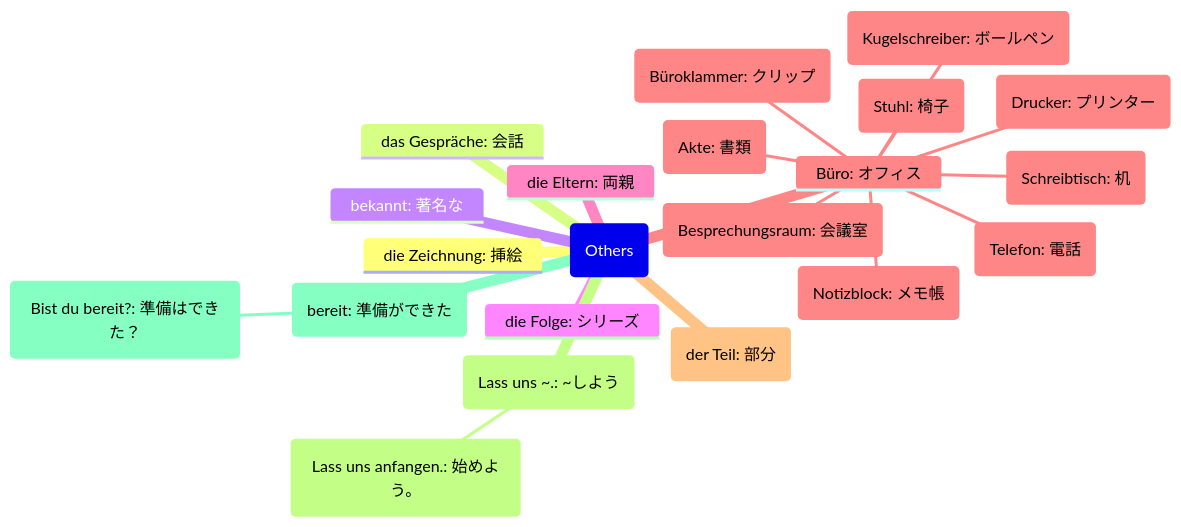
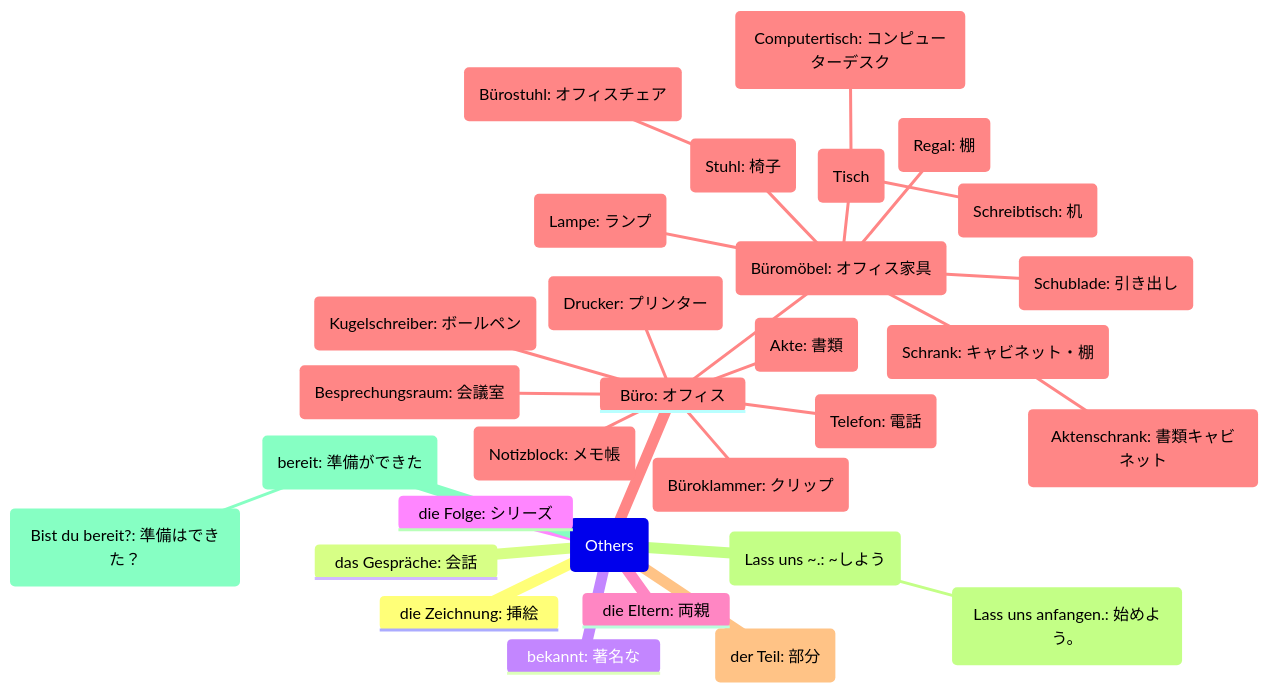
One commit to hyonsoku/mindmap changed the first of 3 diagrams in Dutesch/Noun/Dutschkurs.md. Above: the diagram before and after it, drawn with Mermaid.

Commit message:
Update Büromöbel

````diff
--- a/Dutesch/Noun/Dutschkurs.md
+++ b/Dutesch/Noun/Dutschkurs.md
@@ -4,24 +4,33 @@
 ```mermaid
 mindmap
     root(Others)
         die Zeichnung: 挿絵
         das Gespräche: 会話
         bekannt: 著名な
         die Folge: シリーズ
         die Eltern: 両親
         Büro: オフィス
-            (Schreibtisch: 机)
-            (Stuhl: 椅子)
             (Drucker: プリンター)
             (Telefon: 電話)
             (Akte: 書類)
             (Besprechungsraum: 会議室)
             (Büroklammer: クリップ)
             (Notizblock: メモ帳)
             (Kugelschreiber: ボールペン)
+            (Büromöbel: オフィス家具)
+                (Tisch)
+                    (Schreibtisch: 机)
+                    (Computertisch: コンピューターデスク)
+                (Stuhl: 椅子)
+                    (Bürostuhl: オフィスチェア)
+                (Regal: 棚)
+                (Schrank: キャビネット・棚)
+                    (Aktenschrank: 書類キャビネット)
+                (Lampe: ランプ)
+                (Schublade: 引き出し)
         (der Teil: 部分)
         (Lass uns ~.: ~しよう)
             (Lass uns anfangen.: 始めよう。)
         (bereit: 準備ができた)
             (Bist du bereit?: 準備はできた？)
 ```
````
